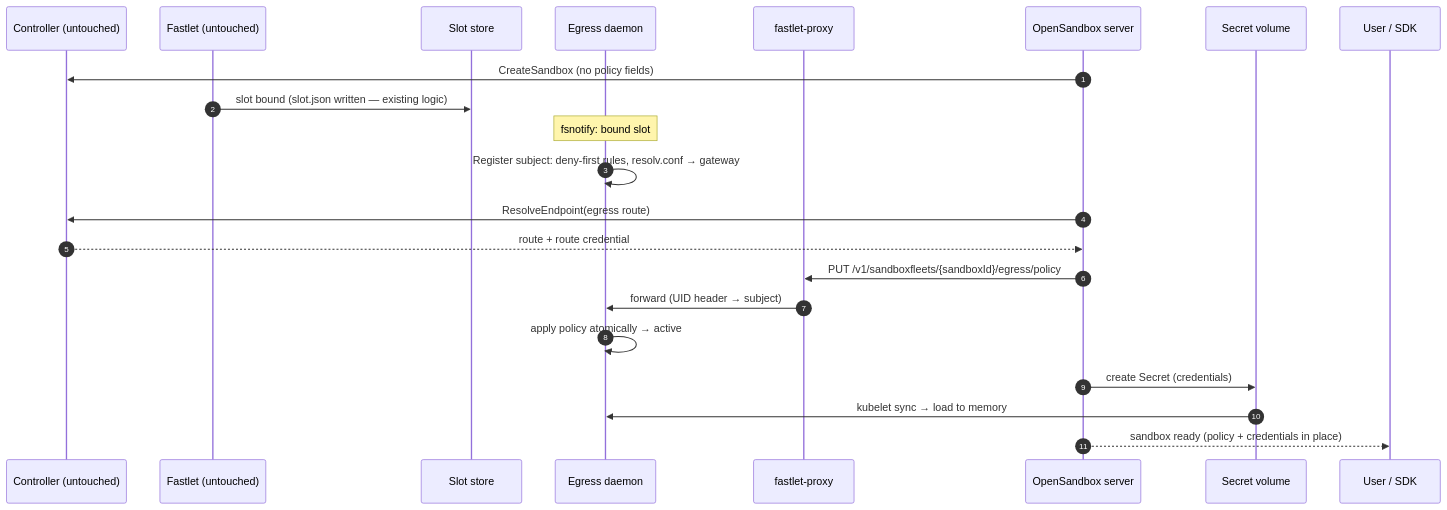
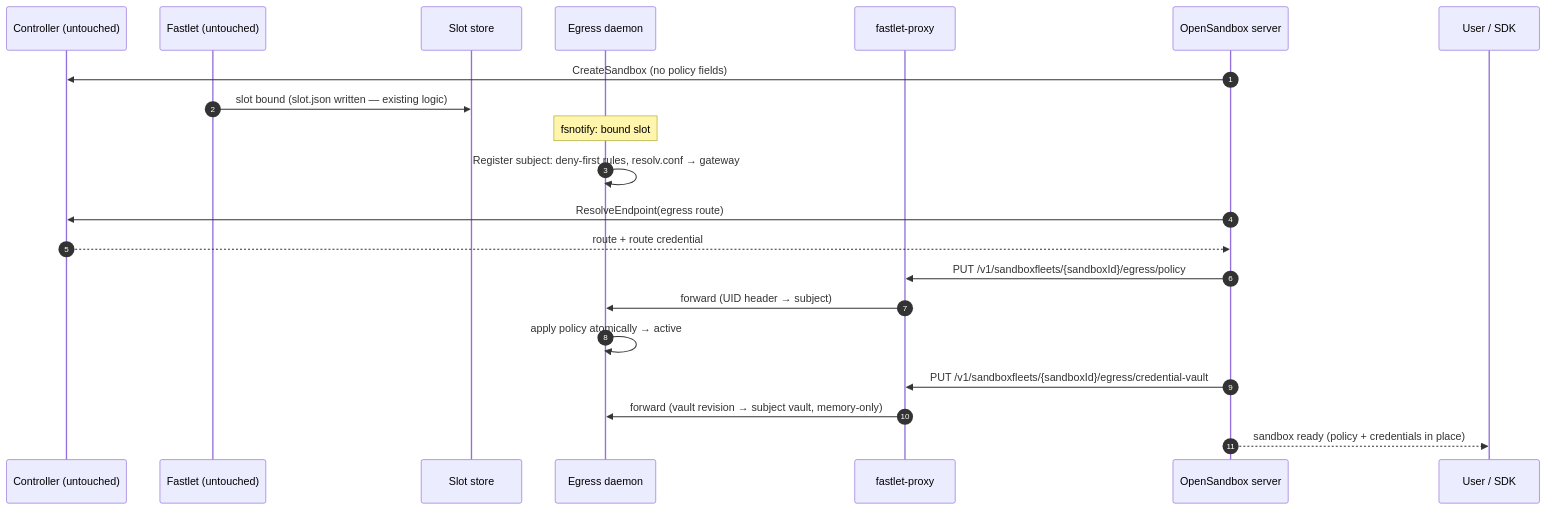
Before and after one commit to Pangjiping/OpenSandbox: the first of 2 diagrams in oseps/0021-multi-sandbox-egress-control-plane.md, drawn with Mermaid. The commit also changed other lines of this file, not shown here.

First line of the commit message:
docs(oseps): deliver credentials via proxy route vault API instead of Secret volume

````diff
--- a/oseps/0021-multi-sandbox-egress-control-plane.md
+++ b/oseps/0021-multi-sandbox-egress-control-plane.md
@@ -121,25 +120,24 @@
 ```mermaid
 sequenceDiagram
     autonumber
     participant C as Controller (untouched)
     participant F as Fastlet (untouched)
     participant S as Slot store
     participant E as Egress daemon
     participant P as fastlet-proxy
     participant SRV as OpenSandbox server
-    participant SEC as Secret volume
     participant SDK as User / SDK
 
     SRV->>C: CreateSandbox (no policy fields)
     F->>S: slot bound (slot.json written — existing logic)
     Note over E: fsnotify: bound slot
     E->>E: Register subject: deny-first rules, resolv.conf → gateway
     SRV->>C: ResolveEndpoint(egress route)
     C-->>SRV: route + route credential
     SRV->>P: PUT /v1/sandboxfleets/{sandboxId}/egress/policy
     P->>E: forward (UID header → subject)
     E->>E: apply policy atomically → active
-    SRV->>SEC: create Secret (credentials)
-    SEC->>E: kubelet sync → load to memory
+    SRV->>P: PUT /v1/sandboxfleets/{sandboxId}/egress/credential-vault
+    P->>E: forward (vault revision → subject vault, memory-only)
     SRV-->>SDK: sandbox ready (policy + credentials in place)
 ```
````
